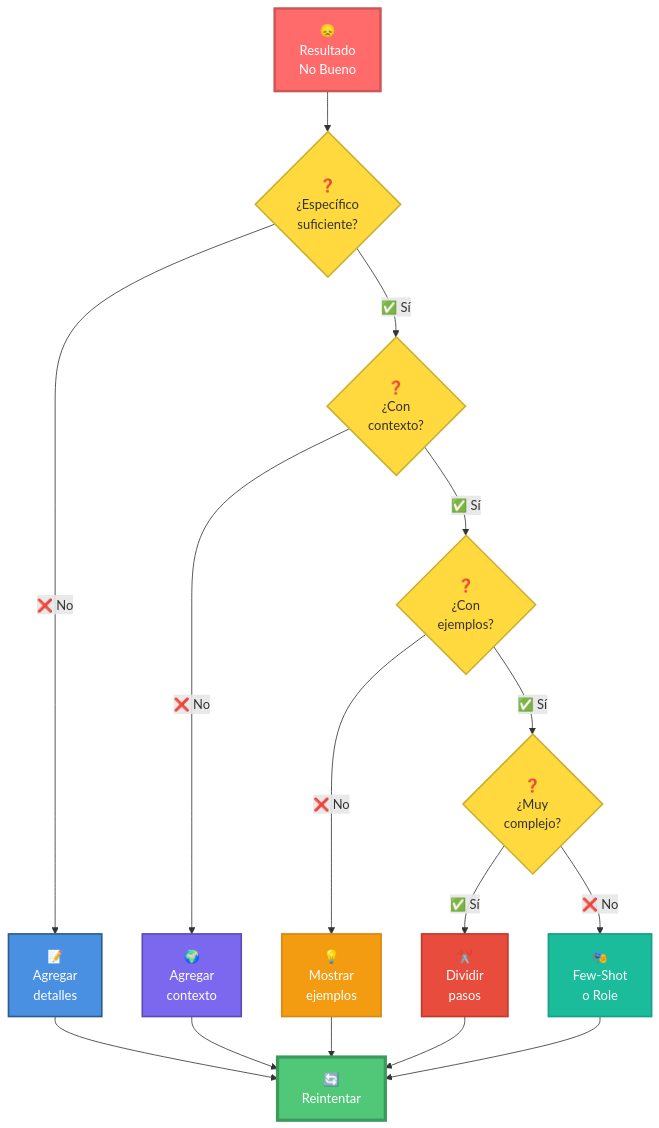
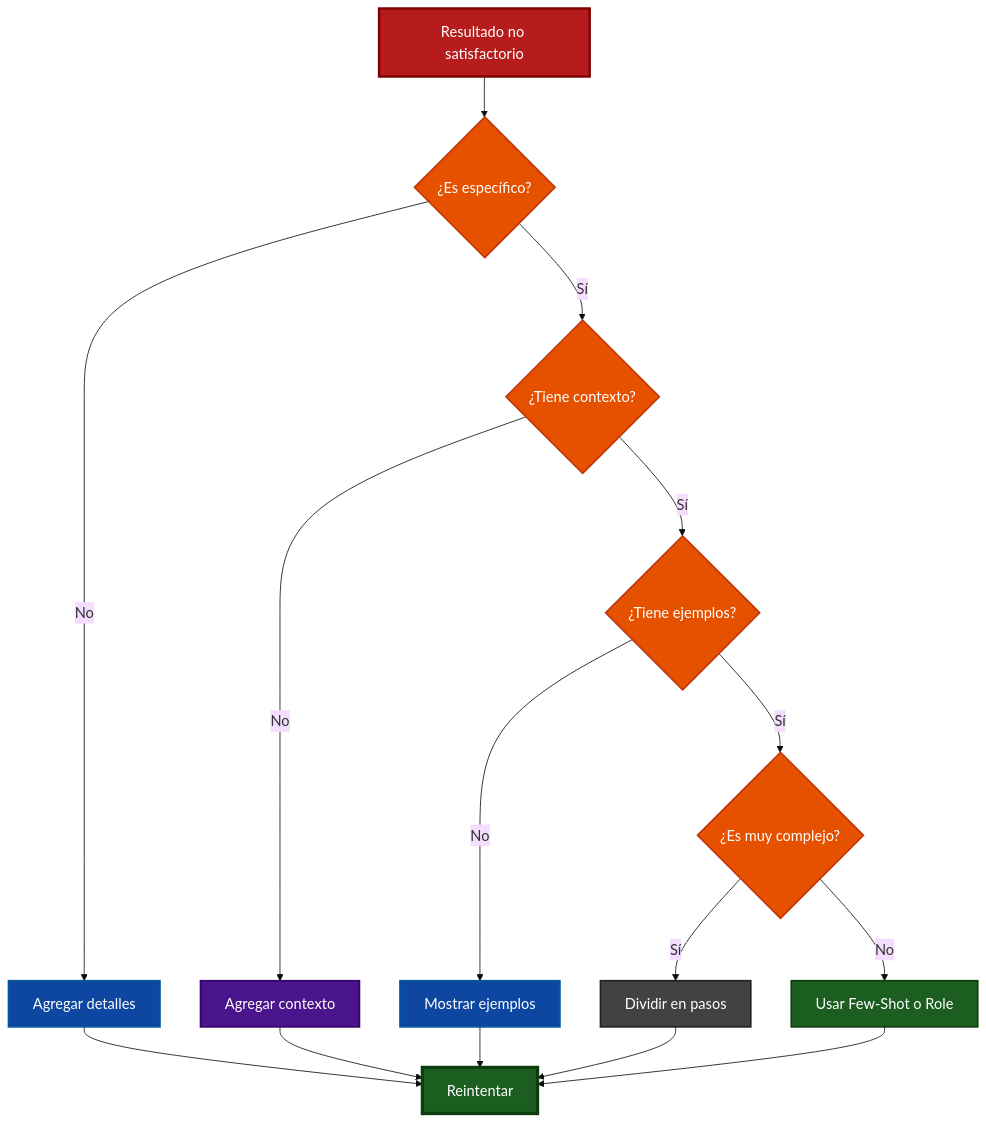
Before and after one commit to Ai-Whisperers/Courses-Content: diagram 16 of 18 in courses/🟡-development/FPUNA-2026/00-FUNDAMENTOS-PRINCIPALES/03-ingenieria-prompts.md, drawn with Mermaid. The commit also changed other lines of this file and 47 other files, not shown here.

First line of the commit message:
fix: Make all 473 diagrams WCAG AAA accessible (FPUNA-2026)

````diff
--- a/courses/🟡-development/FPUNA-2026/00-FUNDAMENTOS-PRINCIPALES/03-ingenieria-prompts.md
+++ b/courses/🟡-development/FPUNA-2026/00-FUNDAMENTOS-PRINCIPALES/03-ingenieria-prompts.md
@@ -1186,34 +1205,35 @@
 ```mermaid
+%%{init: {'theme':'base', 'themeVariables': {'fontSize':'18px'}}}%%
 flowchart TD
-    Start["😞<br/>Resultado<br/>No Bueno"] --> Q1{"❓<br/>¿Específico<br/>suficiente?"}
+    Start["Resultado no satisfactorio"] --> Q1{"¿Es específico?"}
     
-    Q1 -->|"❌ No"| Fix1["📝<br/>Agregar<br/>detalles"]
-    Q1 -->|"✅ Sí"| Q2{"❓<br/>¿Con<br/>contexto?"}
+    Q1 -->|"No"| Fix1["Agregar detalles"]
+    Q1 -->|"Sí"| Q2{"¿Tiene contexto?"}
     
-    Q2 -->|"❌ No"| Fix2["🌍<br/>Agregar<br/>contexto"]
-    Q2 -->|"✅ Sí"| Q3{"❓<br/>¿Con<br/>ejemplos?"}
+    Q2 -->|"No"| Fix2["Agregar contexto"]
+    Q2 -->|"Sí"| Q3{"¿Tiene ejemplos?"}
     
-    Q3 -->|"❌ No"| Fix3["💡<br/>Mostrar<br/>ejemplos"]
-    Q3 -->|"✅ Sí"| Q4{"❓<br/>¿Muy<br/>complejo?"}
+    Q3 -->|"No"| Fix3["Mostrar ejemplos"]
+    Q3 -->|"Sí"| Q4{"¿Es muy complejo?"}
     
-    Q4 -->|"✅ Sí"| Fix4["✂️<br/>Dividir<br/>pasos"]
-    Q4 -->|"❌ No"| Fix5["🎭<br/>Few-Shot<br/>o Role"]
+    Q4 -->|"Sí"| Fix4["Dividir en pasos"]
+    Q4 -->|"No"| Fix5["Usar Few-Shot o Role"]
     
-    Fix1 --> Retry["🔄<br/>Reintentar"]
+    Fix1 --> Retry["Reintentar"]
     Fix2 --> Retry
     Fix3 --> Retry
     Fix4 --> Retry
     Fix5 --> Retry
     
-    style Start fill:#FF6B6B,stroke:#CC5555,stroke-width:3px,color:#fff
-    style Q1 fill:#FFD93D,stroke:#CCB031,stroke-width:2px,color:#333
-    style Q2 fill:#FFD93D,stroke:#CCB031,stroke-width:2px,color:#333
-    style Q3 fill:#FFD93D,stroke:#CCB031,stroke-width:2px,color:#333
-    style Q4 fill:#FFD93D,stroke:#CCB031,stroke-width:2px,color:#333
-    style Fix1 fill:#4A90E2,stroke:#2E5C8A,stroke-width:2px,color:#fff
-    style Fix2 fill:#7B68EE,stroke:#5A4BB5,stroke-width:2px,color:#fff
-    style Fix3 fill:#F39C12,stroke:#D68910,stroke-width:2px,color:#fff
-    style Fix4 fill:#E74C3C,stroke:#C0392B,stroke-width:2px,color:#fff
-    style Fix5 fill:#1ABC9C,stroke:#16A085,stroke-width:2px,color:#fff
-    style Retry fill:#50C878,stroke:#3A9B5C,stroke-width:4px,color:#fff
+    style Start fill:#b71c1c,stroke:#7f0000,stroke-width:3px,color:#fff
+    style Q1 fill:#e65100,stroke:#bf360c,stroke-width:2px,color:#fff
+    style Q2 fill:#e65100,stroke:#bf360c,stroke-width:2px,color:#fff
+    style Q3 fill:#e65100,stroke:#bf360c,stroke-width:2px,color:#fff
+    style Q4 fill:#e65100,stroke:#bf360c,stroke-width:2px,color:#fff
+    style Fix1 fill:#0d47a1,stroke:#01579b,stroke-width:2px,color:#fff
+    style Fix2 fill:#4a148c,stroke:#38006b,stroke-width:2px,color:#fff
+    style Fix3 fill:#0d47a1,stroke:#01579b,stroke-width:2px,color:#fff
+    style Fix4 fill:#424242,stroke:#212121,stroke-width:2px,color:#fff
+    style Fix5 fill:#1b5e20,stroke:#0d3d0f,stroke-width:2px,color:#fff
+    style Retry fill:#1b5e20,stroke:#0d3d0f,stroke-width:4px,color:#fff
 ```
````
